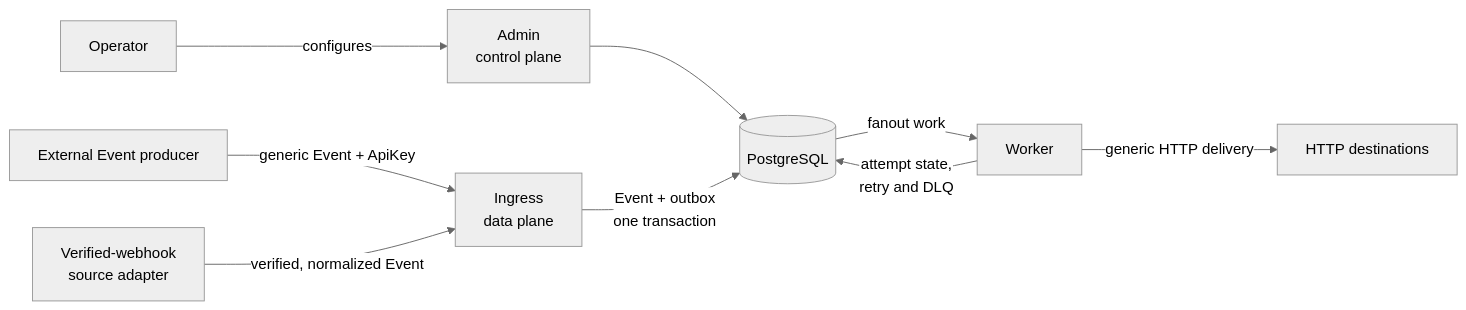
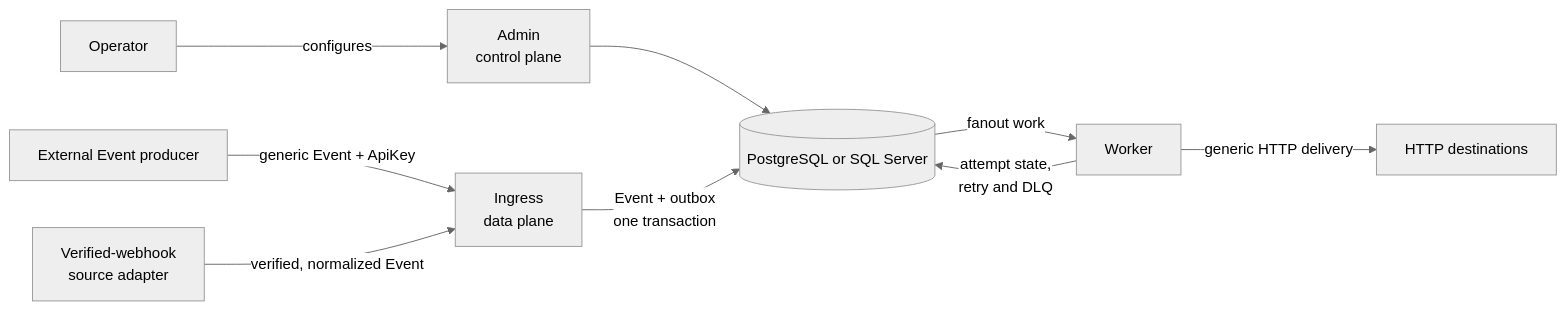
Before and after one commit to arminzou/integrios: the diagram in docs/architecture.md, drawn with Mermaid (neutral theme). The commit also changed other lines of this file and 49 other files, not shown here.

````diff
--- a/docs/architecture.md
+++ b/docs/architecture.md
@@ -16,11 +16,11 @@
 ```mermaid
 flowchart LR
     Operator[Operator] -->|configures| Admin[Admin<br/>control plane]
     Producer[External Event producer] -->|generic Event + ApiKey| Ingress[Ingress<br/>data plane]
     Adapter[Verified-webhook<br/>source adapter] -->|verified, normalized Event| Ingress
-    Admin --> DB[(PostgreSQL)]
+    Admin --> DB[(PostgreSQL or SQL Server)]
     Ingress -->|Event + outbox<br/>one transaction| DB
     DB -->|fanout work| Worker[Worker]
     Worker -->|generic HTTP delivery| Destinations[HTTP destinations]
     Worker -->|attempt state,<br/>retry and DLQ| DB
 ```
````
